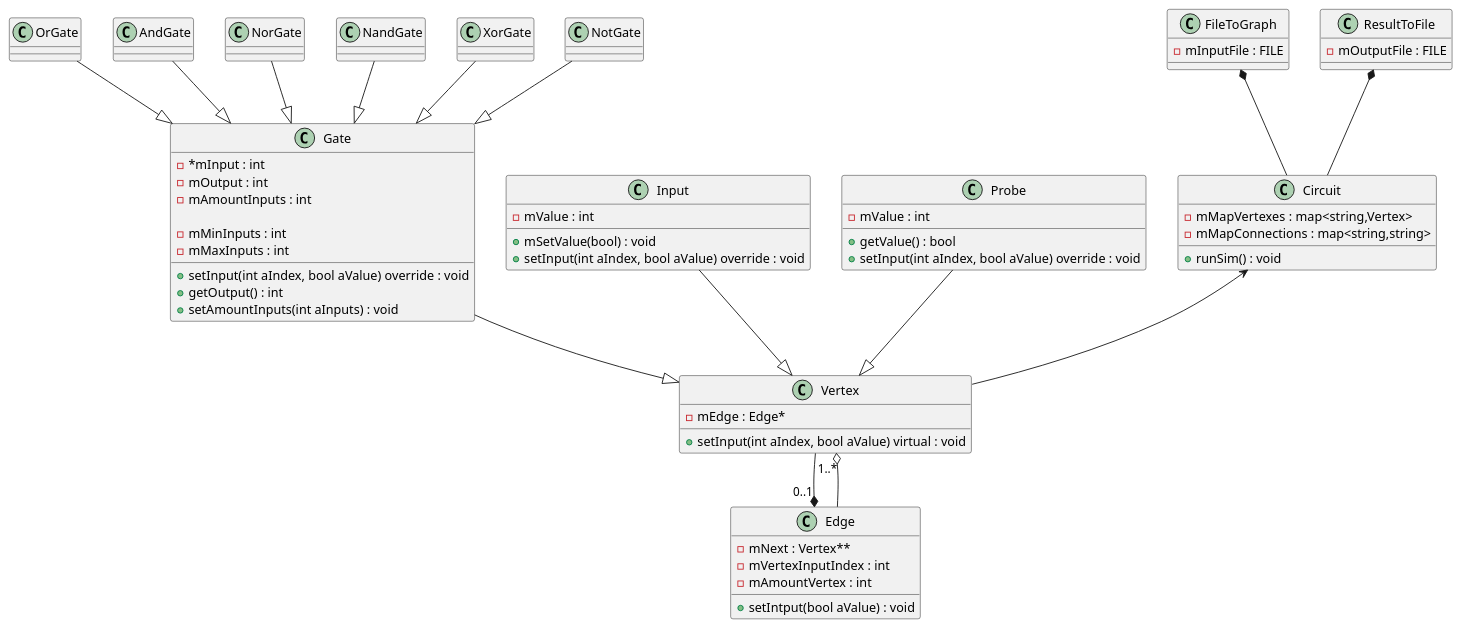
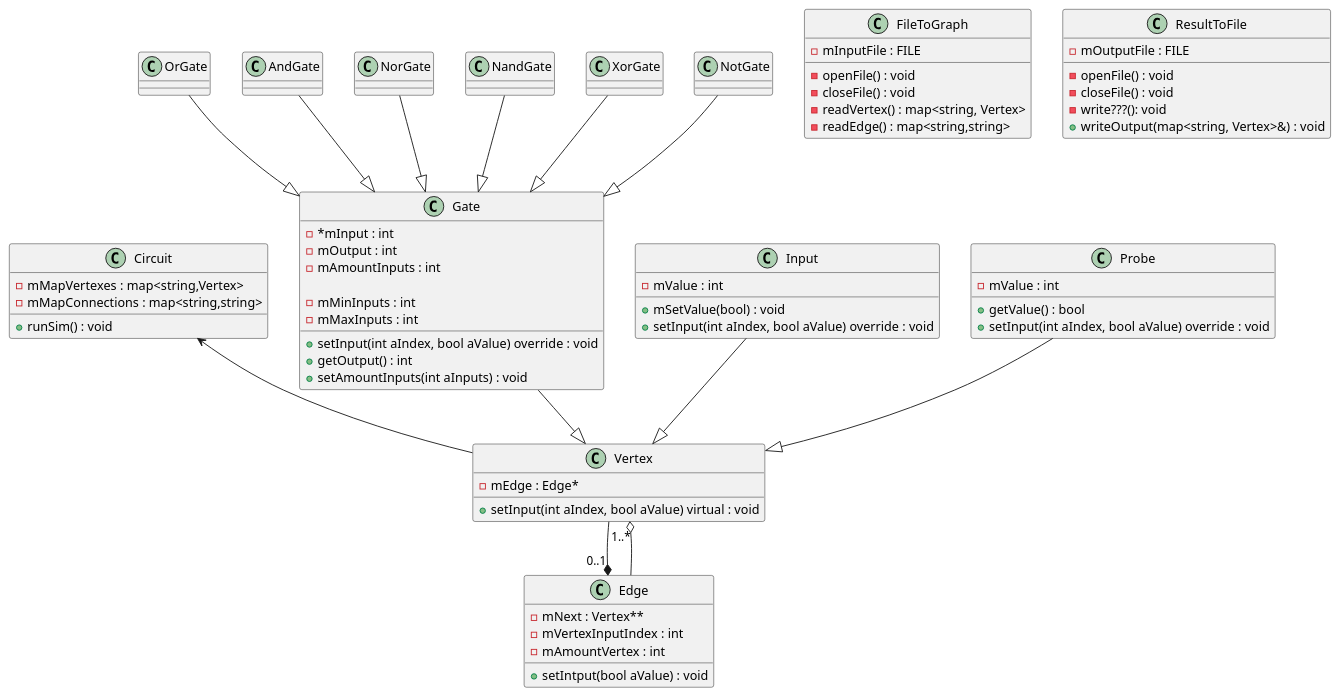
Before and after one commit to Seger01/DesignPatterns: the diagram in diagram/classdiagram.puml, drawn with PlantUML.

Commit message:
Added methods to file classes
Added methods to FileToGraph and ResultToFile class. These are not finished yet!

```diff
--- a/diagram/classdiagram.puml
+++ b/diagram/classdiagram.puml
@@ -1,102 +1,110 @@
 @startuml classdiagram
 
 class Circuit {
     - mMapVertexes : map<string,Vertex>
     - mMapConnections : map<string,string>
     + runSim() : void
 }
 
 class FileToGraph {
     - mInputFile : FILE
+
+    - openFile() : void
+    - closeFile() : void
+    - readVertex() : map<string, Vertex>
+    - readEdge() : map<string,string>
+    ' + getGraph(map<string, string>& aVertexMap, map<strng,string>& aStringMap) : void ' vertexMap :first string name of vertex second string type
 }
 
 class ResultToFile {
     - mOutputFile : FILE
+
+    - openFile() : void
+    - closeFile() : void
+    - write???(): void
+    + writeOutput(map<string, Vertex>&) : void
 }
 
 class OrGate{
 
 }
 
 class AndGate{
 
 }
 
 class NorGate{
 
 }
 
 class NandGate{
 
 }
 
 class XorGate{
 
 }
 
 class NotGate{
 
 }
 
 class Gate{
     - *mInput : int
     - mOutput : int
     - mAmountInputs : int
 
     - mMinInputs : int
     - mMaxInputs : int    
 
     + setInput(int aIndex, bool aValue) override : void
     + getOutput() : int
     + setAmountInputs(int aInputs) : void
 }
 
 class Vertex {
     - mEdge : Edge*
 
     + setInput(int aIndex, bool aValue) virtual : void
 }
 
 class Edge {
     - mNext : Vertex**
     - mVertexInputIndex : int
     - mAmountVertex : int
 
     + setIntput(bool aValue) : void
 }
 
 class Input {
     - mValue : int
 
     + mSetValue(bool) : void
     + setInput(int aIndex, bool aValue) override : void
 
 }
 
 class Probe {
     - mValue : int
 
     + getValue() : bool
     + setInput(int aIndex, bool aValue) override : void
 }
 
-FileToGraph *-- Circuit
-ResultToFile *-- Circuit
-
 Circuit <-- Vertex
 
 OrGate --|> Gate
 NorGate --|> Gate
 AndGate --|> Gate
 NandGate --|> Gate
 XorGate --|> Gate
 NotGate --|> Gate
 
 Gate --|> Vertex
 Input --|> Vertex
 Probe --|> Vertex
 
 Vertex --* "0..1" Edge
 Edge --o "1..*" Vertex
 
 @enduml
```
